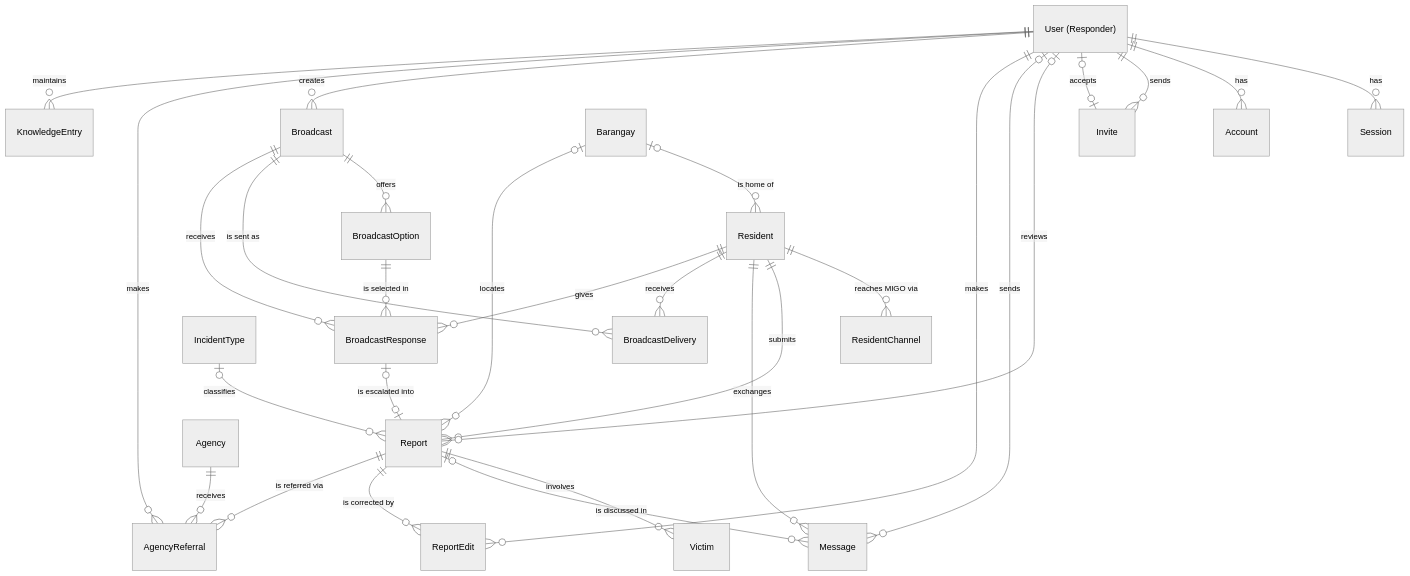
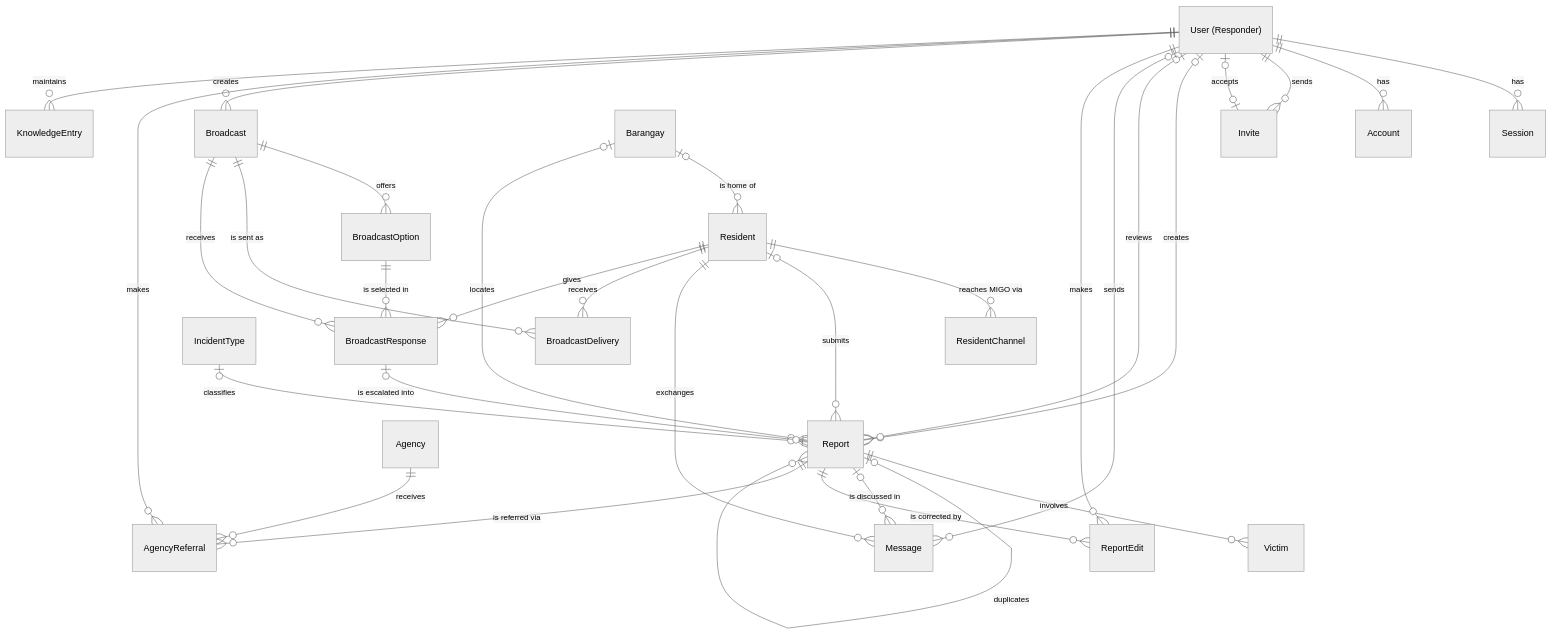
One commit to sleeping-angels/cmsc128-project changed the first of 2 diagrams in docs/database.md. Above: the diagram before and after it, drawn with Mermaid (neutral theme). The commit also changed other lines of this file and 13 other files, not shown here.

First line of the commit message:
feat(api): complete database schema

````diff
--- a/docs/database.md
+++ b/docs/database.md
@@ -12,56 +12,58 @@
 ```mermaid
 erDiagram
     USER["User (Responder)"]
     SESSION["Session"]
     ACCOUNT["Account"]
     INVITE["Invite"]
     BARANGAY["Barangay"]
     RESIDENT["Resident"]
     RESIDENT_CHANNEL["ResidentChannel"]
     REPORT["Report"]
     INCIDENT_TYPE["IncidentType"]
     VICTIM["Victim"]
     MESSAGE["Message"]
     REPORT_EDIT["ReportEdit"]
     BROADCAST["Broadcast"]
     BROADCAST_OPTION["BroadcastOption"]
     BROADCAST_DELIVERY["BroadcastDelivery"]
     BROADCAST_RESPONSE["BroadcastResponse"]
     AGENCY["Agency"]
     AGENCY_REFERRAL["AgencyReferral"]
     KNOWLEDGE_ENTRY["KnowledgeEntry"]
 
     USER ||--o{ SESSION : "has"
     USER ||--o{ ACCOUNT : "has"
     USER ||--o{ INVITE : "sends"
     USER |o--o| INVITE : "accepts"
 
     BARANGAY |o--o{ RESIDENT : "is home of"
     BARANGAY |o--o{ REPORT : "locates"
     RESIDENT ||--o{ RESIDENT_CHANNEL : "reaches MIGO via"
-    RESIDENT ||--o{ REPORT : "submits"
+    RESIDENT |o--o{ REPORT : "submits"
     RESIDENT ||--o{ MESSAGE : "exchanges"
     INCIDENT_TYPE |o--o{ REPORT : "classifies"
     REPORT ||--o{ VICTIM : "involves"
+    REPORT |o--o{ REPORT : "duplicates"
     REPORT |o--o{ MESSAGE : "is discussed in"
+    USER |o--o{ REPORT : "creates"
     USER |o--o{ REPORT : "reviews"
     USER |o--o{ MESSAGE : "sends"
 
     REPORT ||--o{ REPORT_EDIT : "is corrected by"
     USER ||--o{ REPORT_EDIT : "makes"
 
     USER ||--o{ BROADCAST : "creates"
     BROADCAST ||--o{ BROADCAST_OPTION : "offers"
     BROADCAST ||--o{ BROADCAST_DELIVERY : "is sent as"
     BROADCAST ||--o{ BROADCAST_RESPONSE : "receives"
     RESIDENT ||--o{ BROADCAST_DELIVERY : "receives"
     RESIDENT ||--o{ BROADCAST_RESPONSE : "gives"
     BROADCAST_OPTION ||--o{ BROADCAST_RESPONSE : "is selected in"
     BROADCAST_RESPONSE |o--o| REPORT : "is escalated into"
 
     REPORT ||--o{ AGENCY_REFERRAL : "is referred via"
     AGENCY ||--o{ AGENCY_REFERRAL : "receives"
     USER ||--o{ AGENCY_REFERRAL : "makes"
 
     USER ||--o{ KNOWLEDGE_ENTRY : "maintains"
 ```
````
